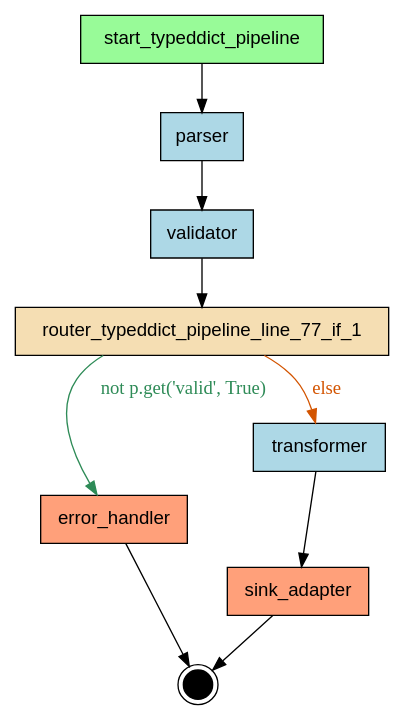
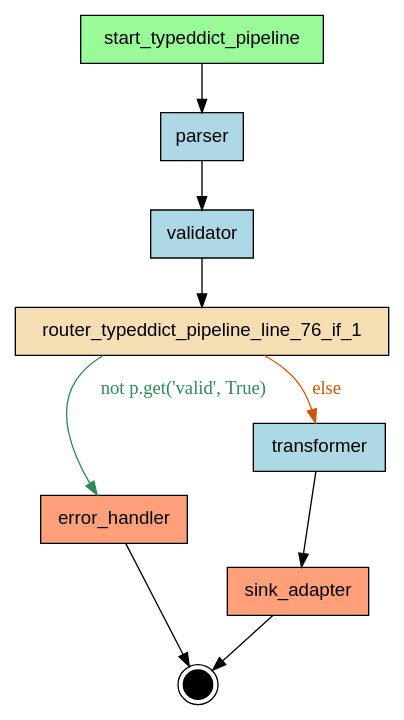
Before and after one commit to deliveryhero/asya: the diagram in examples/flows/compiled/typed_dict_pipeline/flow.dot, drawn with Graphviz. The commit also changed 1203 other files, not shown here.

```diff
--- a/examples/flows/compiled/typed_dict_pipeline/flow.dot
+++ b/examples/flows/compiled/typed_dict_pipeline/flow.dot
@@ -1,25 +1,25 @@
 digraph "typeddict_pipeline" {
     rankdir=TB;
     node [shape=box, style=filled, fontname="Helvetica"];
 
     { rank=source; start_typeddict_pipeline; }
 
     error_handler [label="error_handler", fillcolor=lightsalmon];
     parser [label="parser", fillcolor=lightblue];
-    router_typeddict_pipeline_line_77_if_1 [label="router_typeddict_pipeline_line_77_if_1", fillcolor=wheat];
+    router_typeddict_pipeline_line_76_if_1 [label="router_typeddict_pipeline_line_76_if_1", fillcolor=wheat];
     sink_adapter [label="sink_adapter", fillcolor=lightsalmon];
     start_typeddict_pipeline [label="start_typeddict_pipeline", fillcolor=palegreen];
     transformer [label="transformer", fillcolor=lightblue];
     validator [label="validator", fillcolor=lightblue];
 
     __end__ [label="", shape=doublecircle, fillcolor=black, width=0.3, fixedsize=true];
 
     start_typeddict_pipeline -> parser;
     parser -> validator;
-    validator -> router_typeddict_pipeline_line_77_if_1;
-    router_typeddict_pipeline_line_77_if_1 -> transformer [label="else", color="#D35400", fontcolor="#D35400"];
+    validator -> router_typeddict_pipeline_line_76_if_1;
+    router_typeddict_pipeline_line_76_if_1 -> transformer [label="else", color="#D35400", fontcolor="#D35400"];
     transformer -> sink_adapter;
-    router_typeddict_pipeline_line_77_if_1 -> error_handler [label="not p.get('valid', True)", color="#2E8B57", fontcolor="#2E8B57"];
+    router_typeddict_pipeline_line_76_if_1 -> error_handler [label="not p.get('valid', True)", color="#2E8B57", fontcolor="#2E8B57"];
     error_handler -> __end__;
     sink_adapter -> __end__;
 }
```
